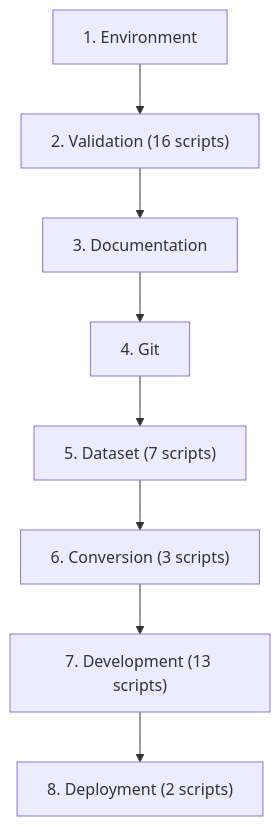
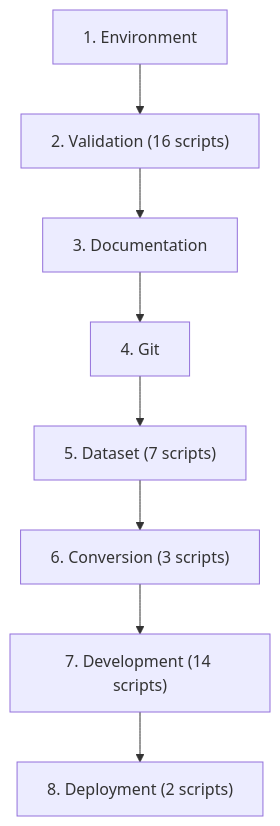
Before and after one commit to chanuka8/argus-gait-recognition: the second of 3 diagrams in scripts/README.md, drawn with Mermaid. The commit also changed other lines of this file and 33 other files, not shown here.

````diff
--- a/scripts/README.md
+++ b/scripts/README.md
@@ -703,18 +707,18 @@
 ```mermaid
 flowchart TD
     step1["1. Environment"]
     step2["2. Validation (16 scripts)"]
     step1 --> step2
     step3["3. Documentation"]
     step2 --> step3
     step4["4. Git"]
     step3 --> step4
     step5["5. Dataset (7 scripts)"]
     step4 --> step5
     step6["6. Conversion (3 scripts)"]
     step5 --> step6
-    step7["7. Development (13 scripts)"]
+    step7["7. Development (14 scripts)"]
     step6 --> step7
     step8["8. Deployment (2 scripts)"]
     step7 --> step8
 ```
````
